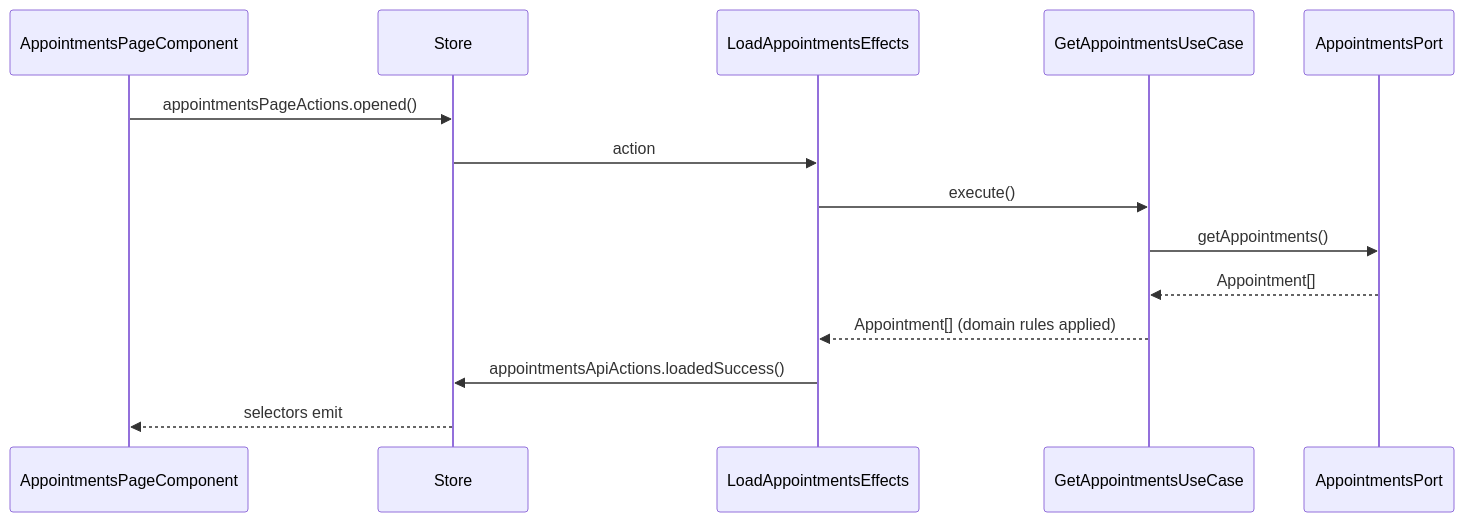
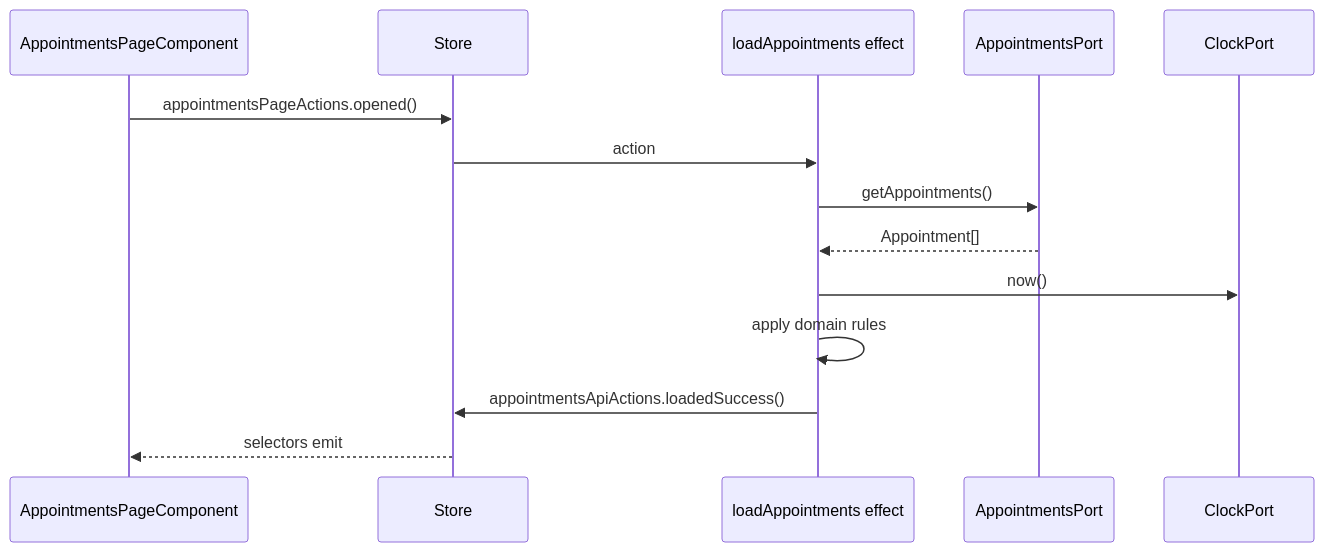
One commit to Gillesf31/hexa changed the third of 3 diagrams in README.md. Above: the diagram before and after it, drawn with Mermaid. The commit also changed other lines of this file and 1 other file, not shown here.

First line of the commit message:
docs: describe the state layer that now owns the operation

````diff
--- a/README.md
+++ b/README.md
@@ -96,17 +91,17 @@
 ```mermaid
 sequenceDiagram
   participant C as AppointmentsPageComponent
   participant S as Store
-  participant E as LoadAppointmentsEffects
-  participant U as GetAppointmentsUseCase
+  participant E as loadAppointments effect
   participant P as AppointmentsPort
+  participant K as ClockPort
 
   C->>S: appointmentsPageActions.opened()
   S->>E: action
-  E->>U: execute()
-  U->>P: getAppointments()
-  P-->>U: Appointment[]
-  U-->>E: Appointment[] (domain rules applied)
+  E->>P: getAppointments()
+  P-->>E: Appointment[]
+  E->>K: now()
+  E->>E: apply domain rules
   E->>S: appointmentsApiActions.loadedSuccess()
   S-->>C: selectors emit
 ```
````
